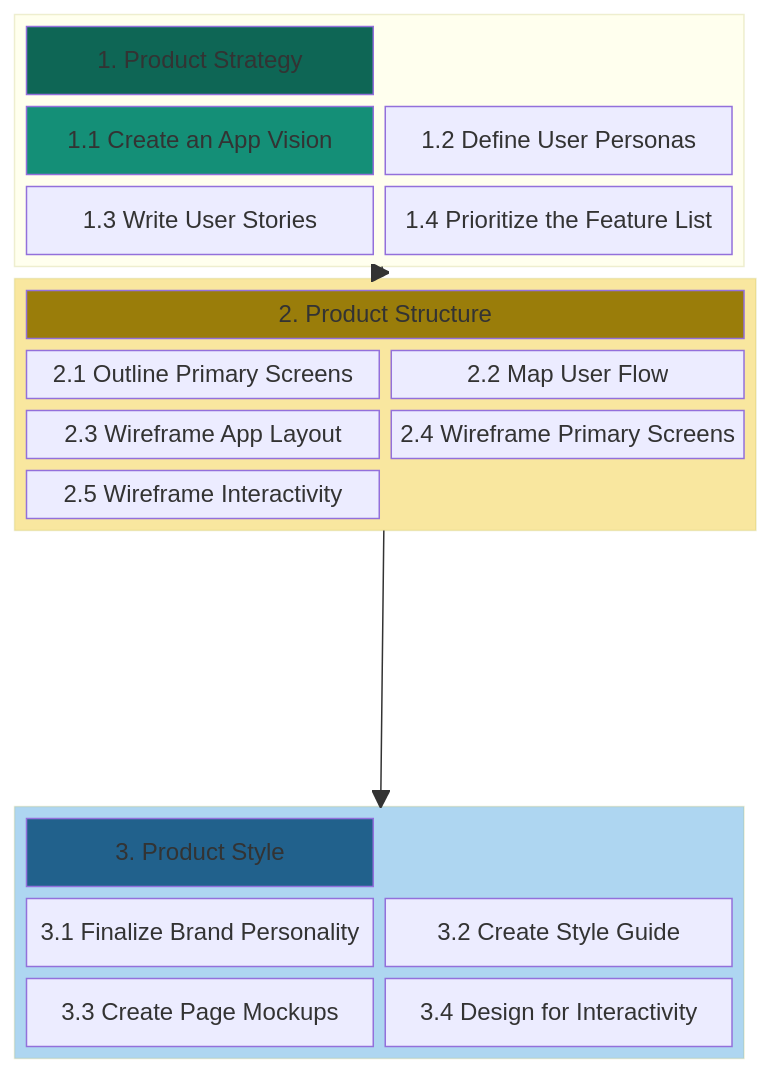
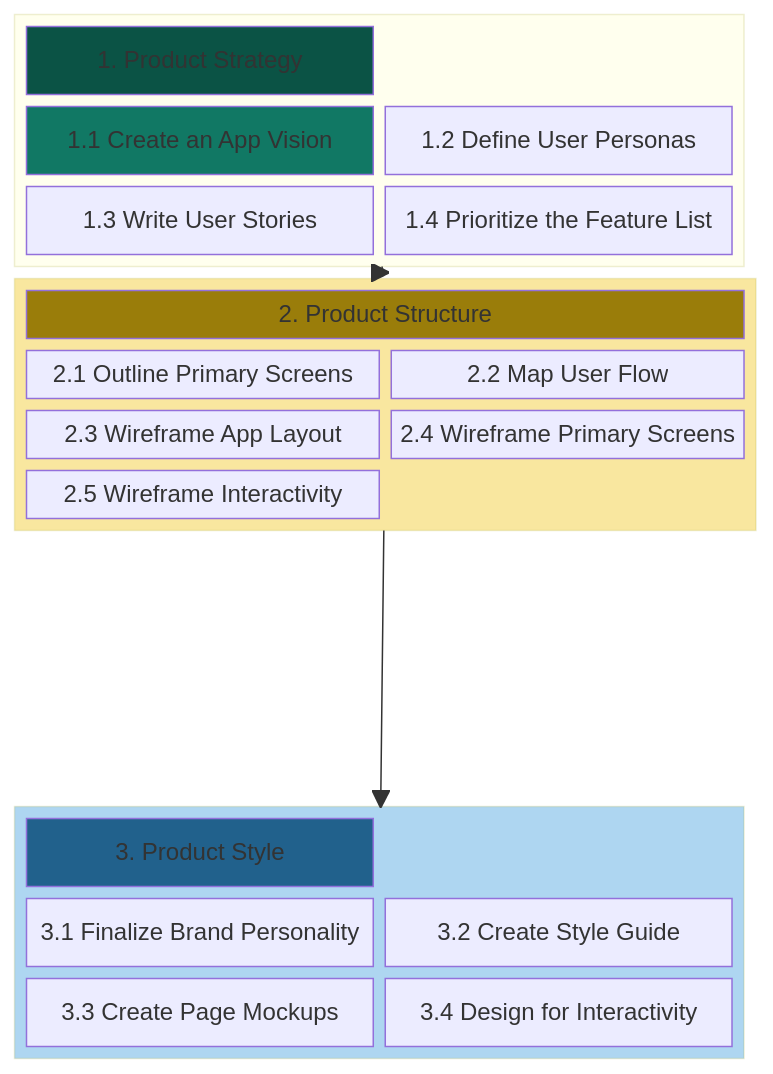
Before and after one commit to chingu-voyages/Handbook: the diagram in docs/resources/techresources/uiux.md, drawn with Mermaid.

Commit message:
Feature: Add UI/UX workflow process template

````diff
--- a/docs/resources/techresources/uiux.md
+++ b/docs/resources/techresources/uiux.md
@@ -15,38 +15,38 @@
 ```mermaid
 block-beta
 columns 1
   block:STRATEGY
     columns 2
     A["1. Product Strategy"]:2
     B["1.1 Create an App Vision"]
     C["1.2 Define User Personas"]
     D["1.3 Write User Stories"]
     E["1.4 Prioritize the Feature List"]
   end
   block:STRUCTURE
     columns 2
     G["2. Product Structure"]:2
     H["2.1 Outline Primary Screens"]
     I["2.2 Map User Flow"]
     J["2.3 Wireframe App Layout"]
     K["2.4 Wireframe Primary Screens"]
     L["2.5 Wireframe Interactivity"]
   end
   STRATEGY --> STRUCTURE
   space
   block:STYLE
     columns 2
     M["3. Product Style"]:2
     N["3.1 Finalize Brand Personality"]
     O["3.2 Create Style Guide"]
     P["3.3 Create Page Mockups"]
     Q["3.4 Design for Interactivity"]
   end
   STRUCTURE --> STYLE
-  style A fill:#0e6655
-  style B fill:#148f77
+  style A fill:#0b5345
+  style B fill:#117864
   style G fill:#9a7d0a
   style M fill:#21618c
   style STRUCTURE fill:#f9e79f
   style STYLE fill:#aed6f1
 ```
````
